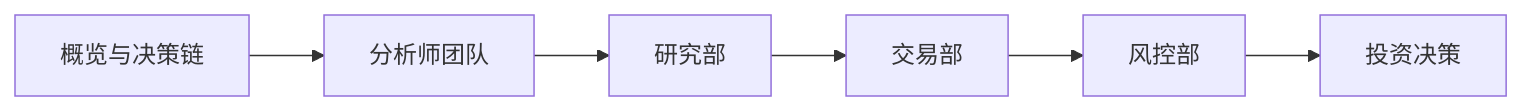
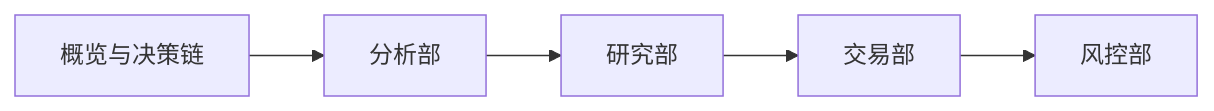
One commit to zhangjun2046/TradingAgents-CN-PLUS changed the second of 2 diagrams in doc/requirement.md. Above: the diagram before and after it, drawn with Mermaid. The commit also changed other lines of this file and 20 other files, not shown here.

````diff
--- a/doc/requirement.md
+++ b/doc/requirement.md
@@ -248,8 +247,7 @@
 ```mermaid
 flowchart LR
-  overview[概览与决策链] --> analystTeam[分析师团队]
-  analystTeam --> research[研究部]
+  overview[概览与决策链] --> analysisDept[分析部]
+  analysisDept --> research[研究部]
   research --> trading[交易部]
   trading --> risk[风控部]
-  risk --> decision[投资决策]
 ```
````
